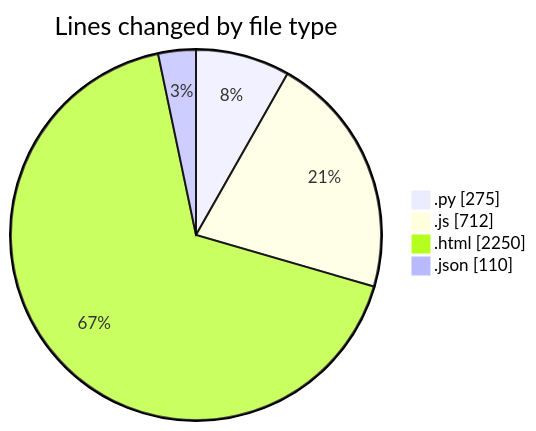
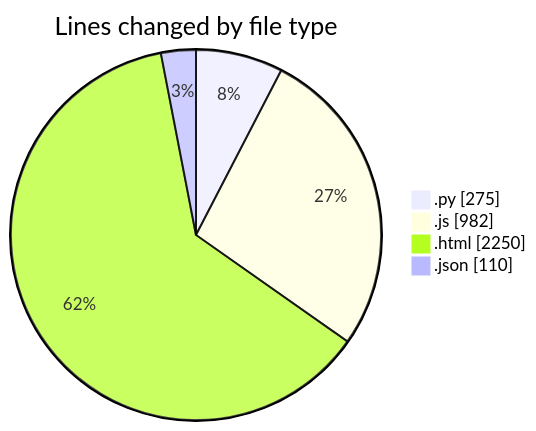
The first of 2 diagrams in 2026-07-09/twenty_versions_aminor/README.md (shibass792/code-tracking), drawn with Mermaid before and after one commit. The commit also changed other lines of this file and 1 other file, not shown here.

````diff
--- a/2026-07-09/twenty_versions_aminor/README.md
+++ b/2026-07-09/twenty_versions_aminor/README.md
@@ -26,8 +27,8 @@
 ```mermaid
 pie showData
 title Lines changed by file type
 ".py" : 275
-".js" : 712
+".js" : 982
 ".html" : 2250
 ".json" : 110
 ```
````
